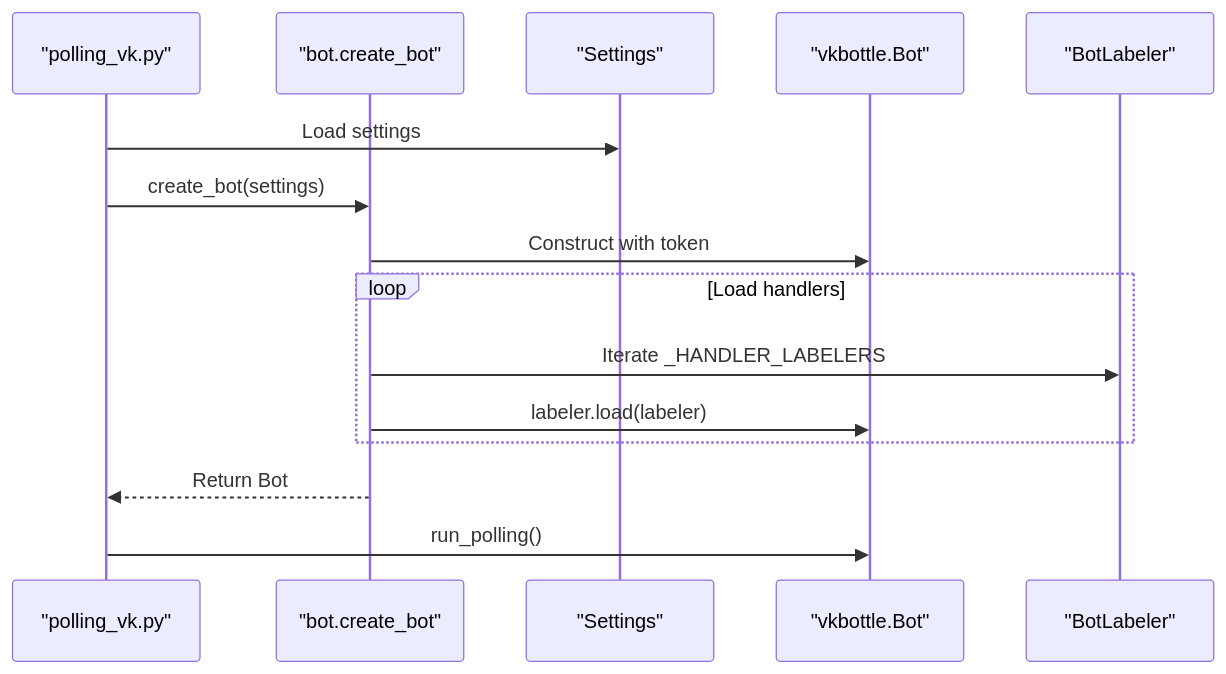
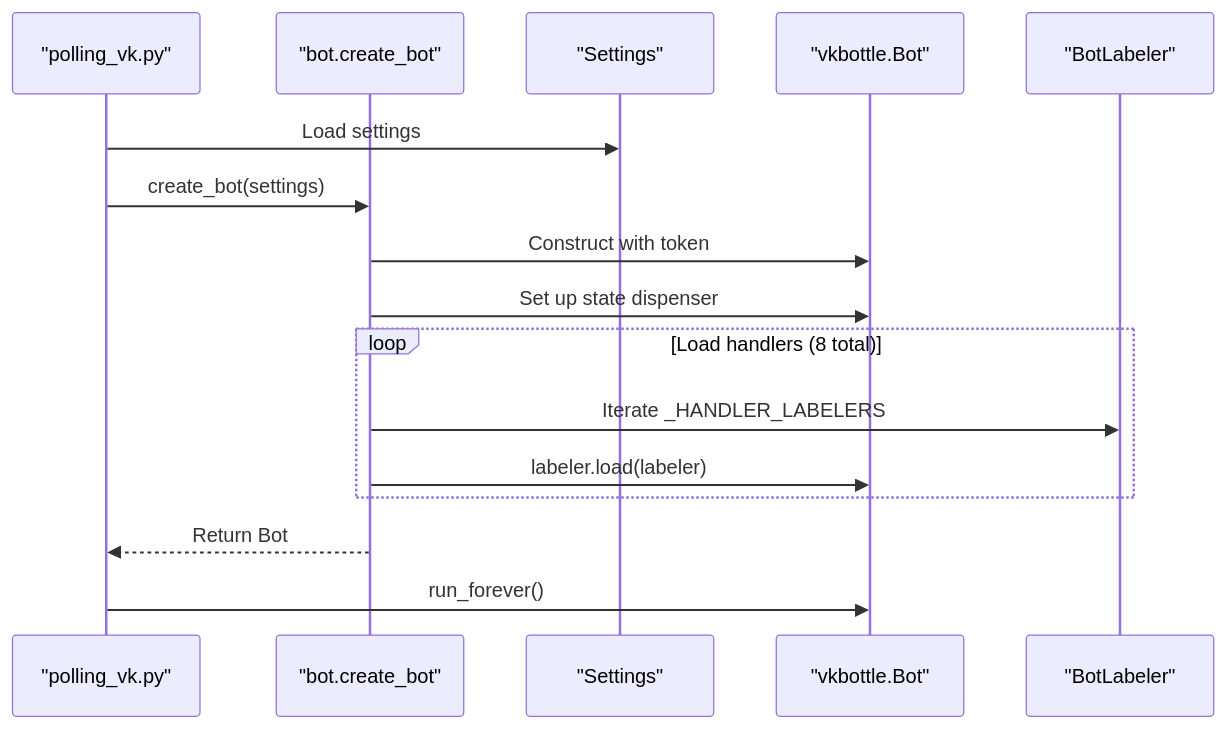
The second of 6 diagrams in .qoder/repowiki/en/content/VK Integration/Bot Factory.md (ognelis/cafetera_hr_bot), drawn with Mermaid before and after one commit. The commit also changed other lines of this file and 16 other files, not shown here.

````diff
--- a/.qoder/repowiki/en/content/VK Integration/Bot Factory.md
+++ b/.qoder/repowiki/en/content/VK Integration/Bot Factory.md
@@ -92,17 +108,18 @@
 ```mermaid
 sequenceDiagram
 participant Script as "polling_vk.py"
 participant Factory as "bot.create_bot"
 participant Config as "Settings"
 participant Bot as "vkbottle.Bot"
 participant Labeler as "BotLabeler"
 Script->>Config : Load settings
 Script->>Factory : create_bot(settings)
 Factory->>Bot : Construct with token
-loop Load handlers
+Factory->>Bot : Set up state dispenser
+loop Load handlers (8 total)
 Factory->>Labeler : Iterate _HANDLER_LABELERS
 Factory->>Bot : labeler.load(labeler)
 end
 Factory-->>Script : Return Bot
-Script->>Bot : run_polling()
+Script->>Bot : run_forever()
 ```
````
